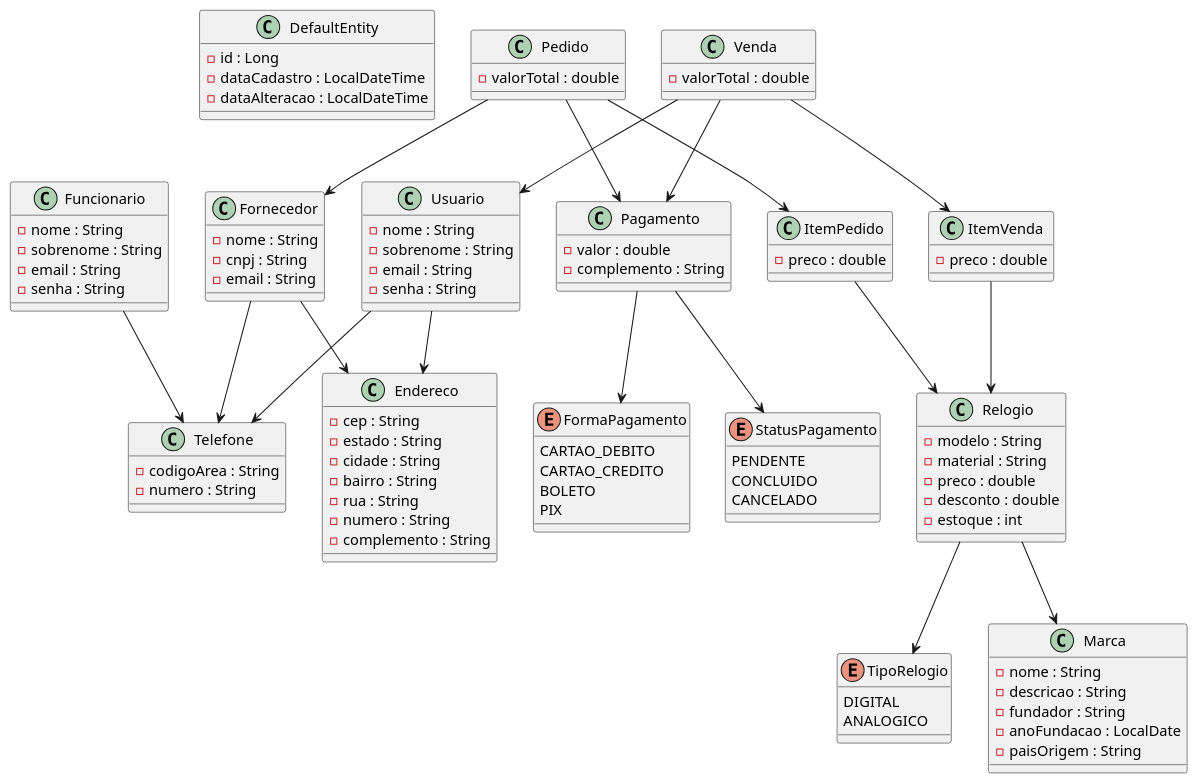
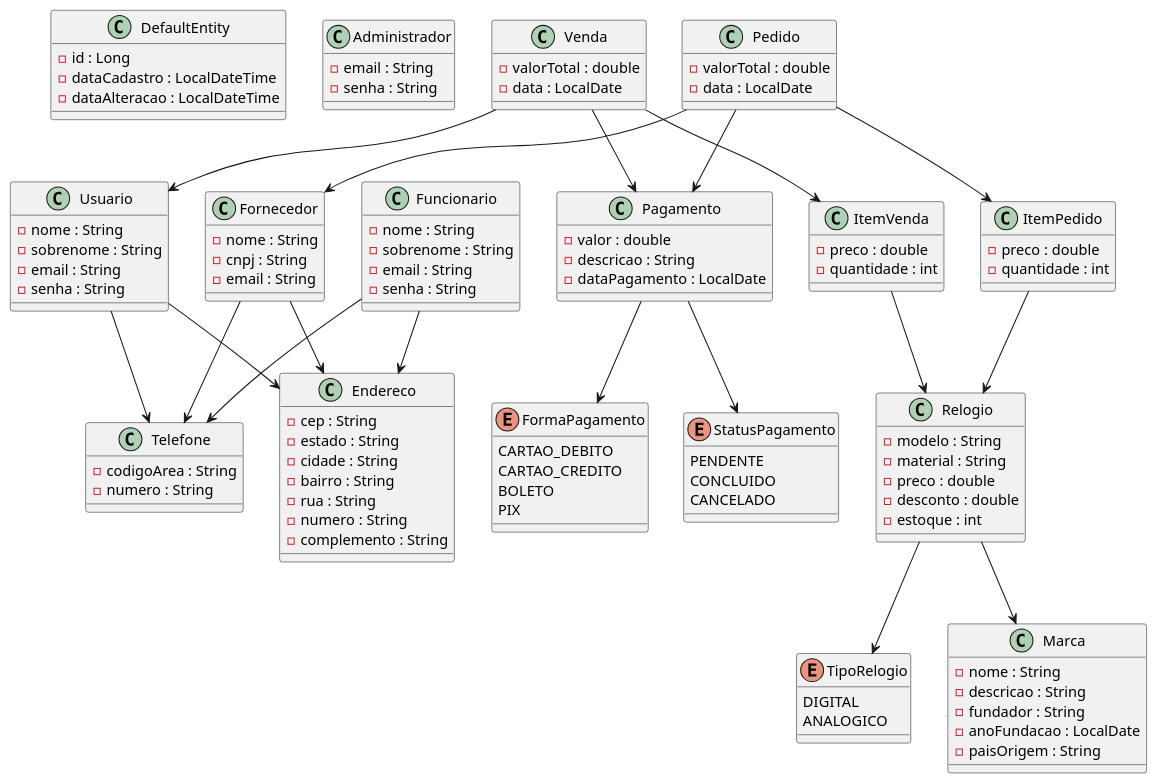
The diagram in docs/class-diagram/classes.plantuml (leonardo-brasil/quarkus-ecommerce-relogio), drawn with PlantUML before and after one commit. The commit also changed 33 other files, not shown here.

```diff
--- a/docs/class-diagram/classes.plantuml
+++ b/docs/class-diagram/classes.plantuml
@@ -1,127 +1,136 @@
 @startuml classes
 
 class DefaultEntity {
     - id : Long
     - dataCadastro : LocalDateTime
     - dataAlteracao : LocalDateTime
+}
+
+class Administrador {
+    - email : String
+    - senha : String
 }
 
 class Usuario {
     - nome : String
     - sobrenome : String
     - email : String
     - senha : String
 }
 
 class Endereco {
     - cep : String
     - estado : String
     - cidade : String
     - bairro : String
     - rua : String
     - numero : String
     - complemento : String
 }
 
 class Relogio {
     - modelo : String
     - material : String
     - preco : double
     - desconto : double
     - estoque : int
 }
 
 enum TipoRelogio {
     DIGITAL
     ANALOGICO
 }
 
 class Marca {
     - nome : String
     - descricao : String
     - fundador : String
     - anoFundacao : LocalDate
     - paisOrigem : String
 }
 
 class Fornecedor {
     - nome : String
     - cnpj : String
     - email : String
 }
 
 class Telefone {
     - codigoArea : String
     - numero : String
 }
 
 class Venda {
     - valorTotal : double
+    - data : LocalDate
 }
 
 class ItemVenda {
     - preco : double
+    - quantidade : int
 }
 
 class Pedido {
     - valorTotal : double
+    - data : LocalDate
 }
 
 class ItemPedido {
     - preco : double
+    - quantidade : int
 }
 
 class Funcionario {
     - nome : String
     - sobrenome : String
     - email : String
     - senha : String
 }
 
 class Pagamento {
     - valor : double
-    - complemento : String
+    - descricao : String
+    - dataPagamento : LocalDate
 }
 
 enum StatusPagamento {
     PENDENTE
     CONCLUIDO
     CANCELADO
 }
 
 enum FormaPagamento {
     CARTAO_DEBITO
     CARTAO_CREDITO
     BOLETO
     PIX
 }
 
-' ----------------------------------------- '
-
 Usuario --> Telefone
 Usuario --> Endereco
 
 Funcionario --> Telefone
+Funcionario --> Endereco
 
 Fornecedor --> Telefone
 Fornecedor --> Endereco
 
 Relogio --> TipoRelogio
 Relogio --> Marca
 
 Venda --> Usuario
 Venda --> Pagamento
 Venda --> ItemVenda
 
 ItemVenda --> Relogio
 
 Pedido --> Fornecedor
 Pedido --> Pagamento
 Pedido --> ItemPedido
 
 ItemPedido --> Relogio
 
 Pagamento --> StatusPagamento
 Pagamento --> FormaPagamento
 
 @enduml
```
